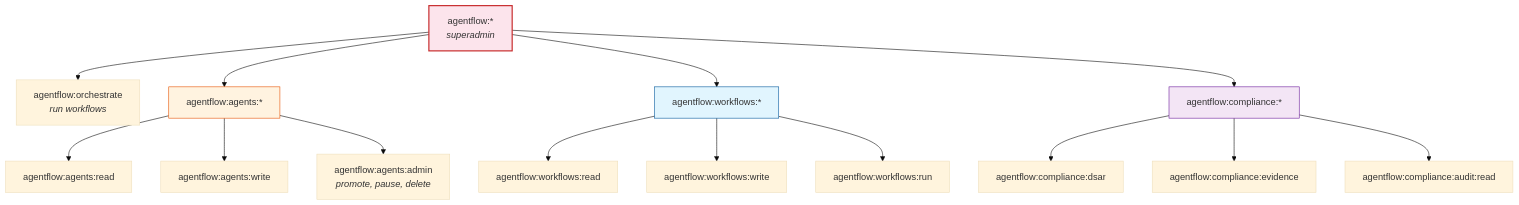
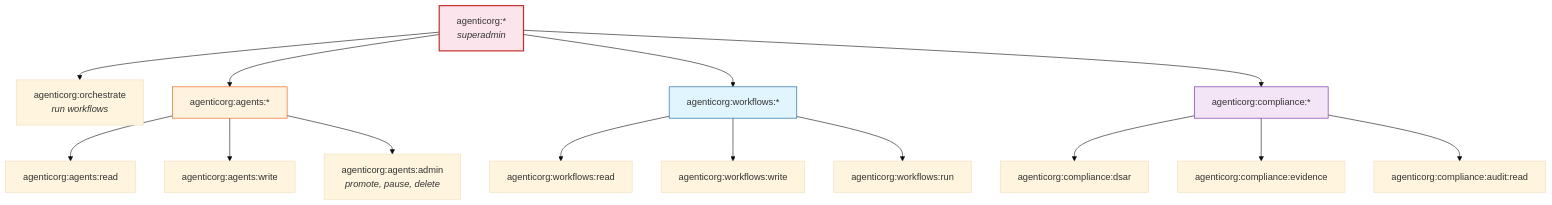
The third of 9 diagrams in docs/api-reference.md (mishrasanjeev/agentic-org), drawn with Mermaid (base theme) before and after one commit. The commit also changed other lines of this file and 72 other files, not shown here.

````diff
--- a/docs/api-reference.md
+++ b/docs/api-reference.md
@@ -88,25 +88,25 @@
 ```mermaid
 graph TD
-    Root["agentflow:*<br/><i>superadmin</i>"]
-    Root --> Orchestrate["agentflow:orchestrate<br/><i>run workflows</i>"]
-    Root --> AgentsAll["agentflow:agents:*"]
-    Root --> WorkflowsAll["agentflow:workflows:*"]
-    Root --> ComplianceAll["agentflow:compliance:*"]
+    Root["agenticorg:*<br/><i>superadmin</i>"]
+    Root --> Orchestrate["agenticorg:orchestrate<br/><i>run workflows</i>"]
+    Root --> AgentsAll["agenticorg:agents:*"]
+    Root --> WorkflowsAll["agenticorg:workflows:*"]
+    Root --> ComplianceAll["agenticorg:compliance:*"]
 
-    AgentsAll --> AgentsRead["agentflow:agents:read"]
-    AgentsAll --> AgentsWrite["agentflow:agents:write"]
-    AgentsAll --> AgentsAdmin["agentflow:agents:admin<br/><i>promote, pause, delete</i>"]
+    AgentsAll --> AgentsRead["agenticorg:agents:read"]
+    AgentsAll --> AgentsWrite["agenticorg:agents:write"]
+    AgentsAll --> AgentsAdmin["agenticorg:agents:admin<br/><i>promote, pause, delete</i>"]
 
-    WorkflowsAll --> WfRead["agentflow:workflows:read"]
-    WorkflowsAll --> WfWrite["agentflow:workflows:write"]
-    WorkflowsAll --> WfRun["agentflow:workflows:run"]
+    WorkflowsAll --> WfRead["agenticorg:workflows:read"]
+    WorkflowsAll --> WfWrite["agenticorg:workflows:write"]
+    WorkflowsAll --> WfRun["agenticorg:workflows:run"]
 
-    ComplianceAll --> DSAR["agentflow:compliance:dsar"]
-    ComplianceAll --> Evidence["agentflow:compliance:evidence"]
-    ComplianceAll --> AuditRead["agentflow:compliance:audit:read"]
+    ComplianceAll --> DSAR["agenticorg:compliance:dsar"]
+    ComplianceAll --> Evidence["agenticorg:compliance:evidence"]
+    ComplianceAll --> AuditRead["agenticorg:compliance:audit:read"]
 
     style Root fill:#fce4ec,stroke:#c62828,stroke-width:2px
     style AgentsAll fill:#fff3e0,stroke:#e65100
     style WorkflowsAll fill:#e1f5fe,stroke:#01579b
     style ComplianceAll fill:#f3e5f5,stroke:#6a1b9a
 ```
````
